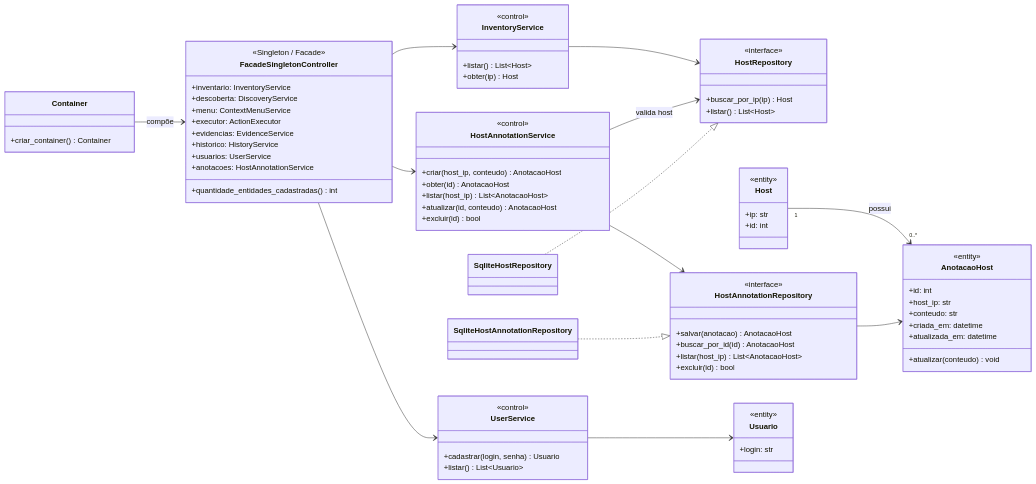
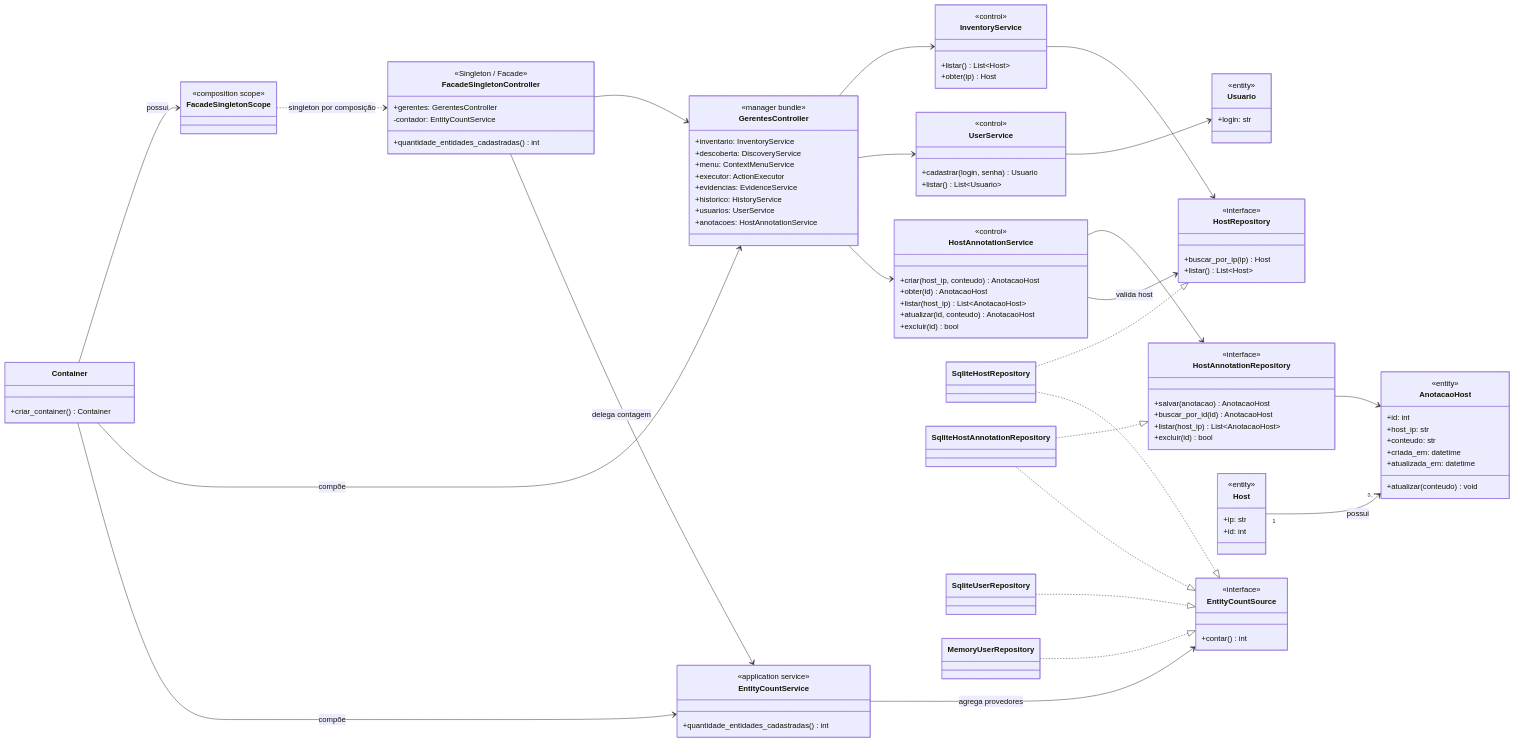
Before and after one commit to tupperwave/Projeto_MPS: the first of 3 diagrams in docs/05-analise.md, drawn with Mermaid. The commit also changed other lines of this file and 14 other files, not shown here.

````diff
--- a/docs/05-analise.md
+++ b/docs/05-analise.md
@@ -12,6 +12,15 @@
     }
     class FacadeSingletonController {
         <<Singleton / Facade>>
+        +gerentes: GerentesController
+        -contador: EntityCountService
+        +quantidade_entidades_cadastradas() int
+    }
+    class FacadeSingletonScope {
+        <<composition scope>>
+    }
+    class GerentesController {
+        <<manager bundle>>
         +inventario: InventoryService
         +descoberta: DiscoveryService
         +menu: ContextMenuService
@@ -20,7 +29,14 @@
         +historico: HistoryService
         +usuarios: UserService
         +anotacoes: HostAnnotationService
+    }
+    class EntityCountService {
+        <<application service>>
         +quantidade_entidades_cadastradas() int
+    }
+    class EntityCountSource {
+        <<interface>>
+        +contar() int
     }
     class InventoryService {
         <<control>>
@@ -73,16 +89,26 @@
         +atualizar(conteudo) void
     }
 
-    Container --> FacadeSingletonController : compõe
-    FacadeSingletonController --> InventoryService
-    FacadeSingletonController --> UserService
-    FacadeSingletonController --> HostAnnotationService
+    Container --> FacadeSingletonScope : possui
+    Container --> GerentesController : compõe
+    Container --> EntityCountService : compõe
+    FacadeSingletonScope ..> FacadeSingletonController : singleton por composição
+    FacadeSingletonController --> GerentesController
+    FacadeSingletonController --> EntityCountService : delega contagem
+    GerentesController --> InventoryService
+    GerentesController --> UserService
+    GerentesController --> HostAnnotationService
     InventoryService --> HostRepository
     UserService --> Usuario
     HostAnnotationService --> HostAnnotationRepository
     HostAnnotationService --> HostRepository : valida host
     SqliteHostRepository ..|> HostRepository
     SqliteHostAnnotationRepository ..|> HostAnnotationRepository
+    SqliteHostRepository ..|> EntityCountSource
+    SqliteUserRepository ..|> EntityCountSource
+    MemoryUserRepository ..|> EntityCountSource
+    SqliteHostAnnotationRepository ..|> EntityCountSource
+    EntityCountService --> EntityCountSource : agrega provedores
     Host "1" --> "0..*" AnotacaoHost : possui
     HostAnnotationRepository --> AnotacaoHost
 ```
````
